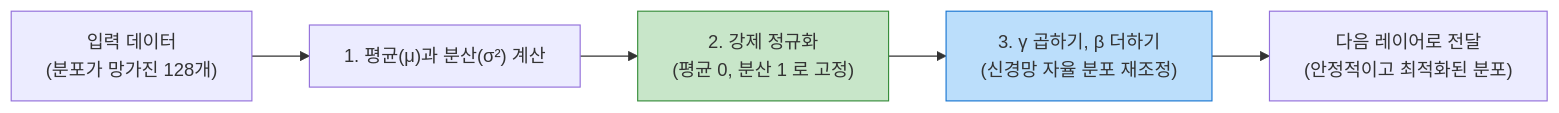
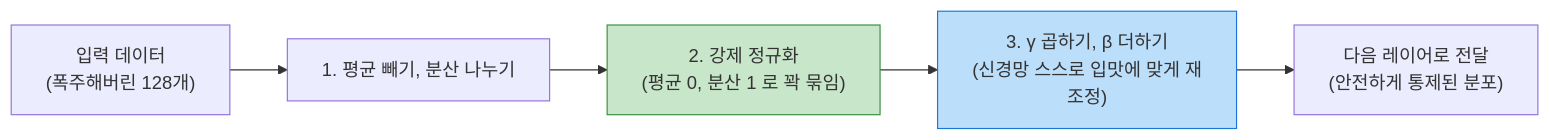
Before and after one commit to shinwokkang/Deep-Learning-with-TensorFlow-Keras-and-PyTorch: the third of 4 diagrams in Lesson 3_ High-Performance Deep Learning Networks/03_2_Unstable_Gradients_and_Batch_Normalization.md, drawn with Mermaid. The commit also changed other lines of this file, not shown here.

````diff
--- a/Lesson 3_ High-Performance Deep Learning Networks/03_2_Unstable_Gradients_and_Batch_Normalization.md
+++ b/Lesson 3_ High-Performance Deep Learning Networks/03_2_Unstable_Gradients_and_Batch_Normalization.md
@@ -96,9 +100,9 @@
 ```mermaid
 flowchart LR
-    A["입력 데이터<br>(분포가 망가진 128개)"] --> B["1. 평균(μ)과 분산(σ²) 계산"]
-    B --> C["2. 강제 정규화<br>(평균 0, 분산 1 로 고정)"]
-    C --> D["3. γ 곱하기, β 더하기<br>(신경망 자율 분포 재조정)"]
-    D --> E["다음 레이어로 전달<br>(안정적이고 최적화된 분포)"]
+    A["입력 데이터<br>(폭주해버린 128개)"] --> B["1. 평균 빼기, 분산 나누기"]
+    B --> C["2. 강제 정규화<br>(평균 0, 분산 1 로 꽉 묶임)"]
+    C --> D["3. γ 곱하기, β 더하기<br>(신경망 스스로 입맛에 맞게 재조정)"]
+    D --> E["다음 레이어로 전달<br>(안전하게 통제된 분포)"]
     style C fill:#c8e6c9,stroke:#388e3c
     style D fill:#bbdefb,stroke:#1976d2
 ```
````
